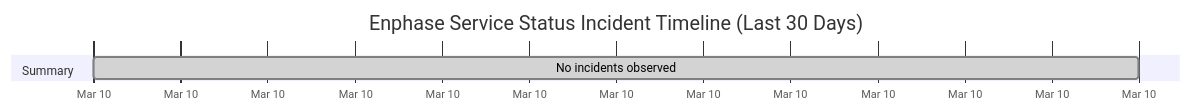
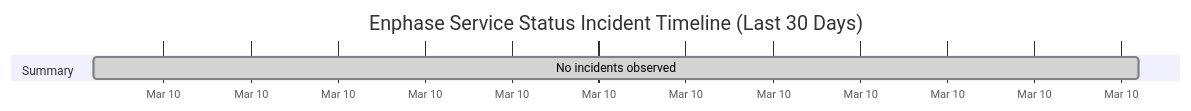
One commit to barneyonline/ha-enphase-ev-charger changed the diagram in wiki/Service-Status-History.md. Above: the diagram before and after it, drawn with Mermaid. The commit also changed other lines of this file and 3 other files, not shown here.

````diff
--- a/wiki/Service-Status-History.md
+++ b/wiki/Service-Status-History.md
@@ -14,8 +14,8 @@
 ```mermaid
 gantt
     title Enphase Service Status Incident Timeline (Last 30 Days)
     dateFormat  YYYY-MM-DDTHH:mm:ss
     axisFormat  %b %d
     section Summary
-    No incidents observed :done, 2026-03-10T06:37:05, 1m
+    No incidents observed :done, 2026-03-10T07:34:31, 1m
 ```
````
